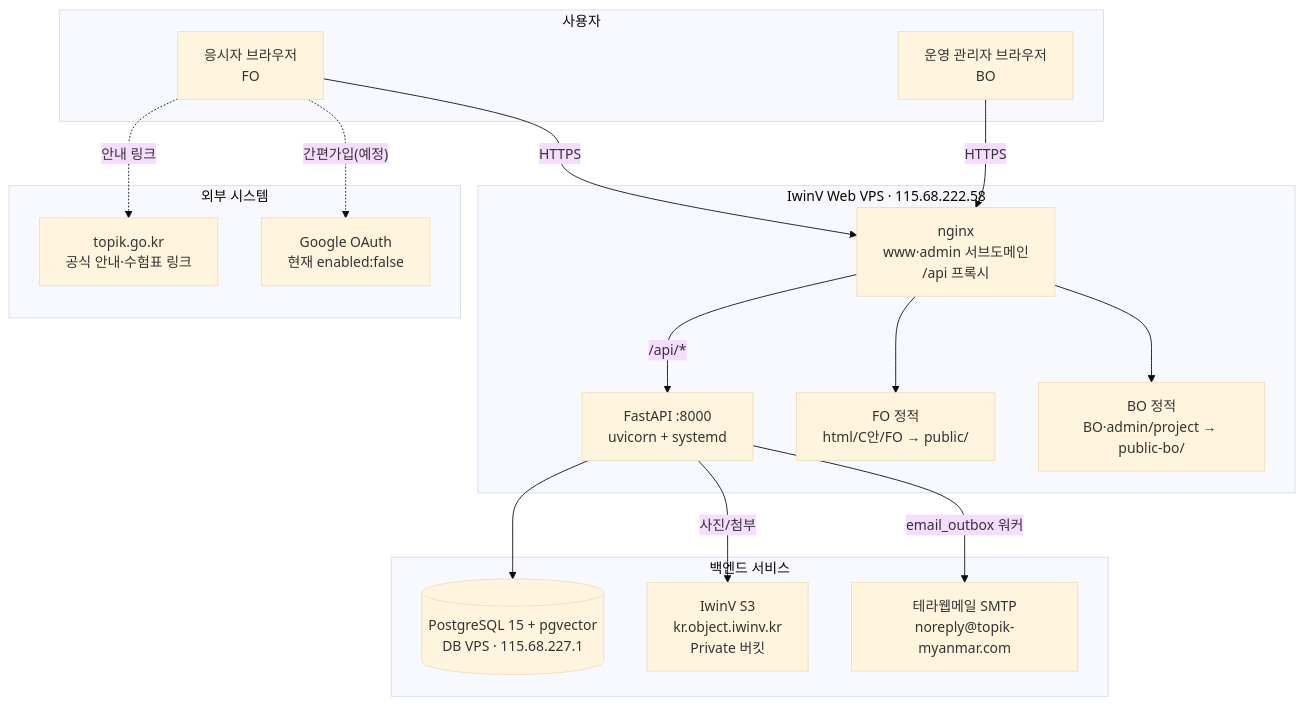
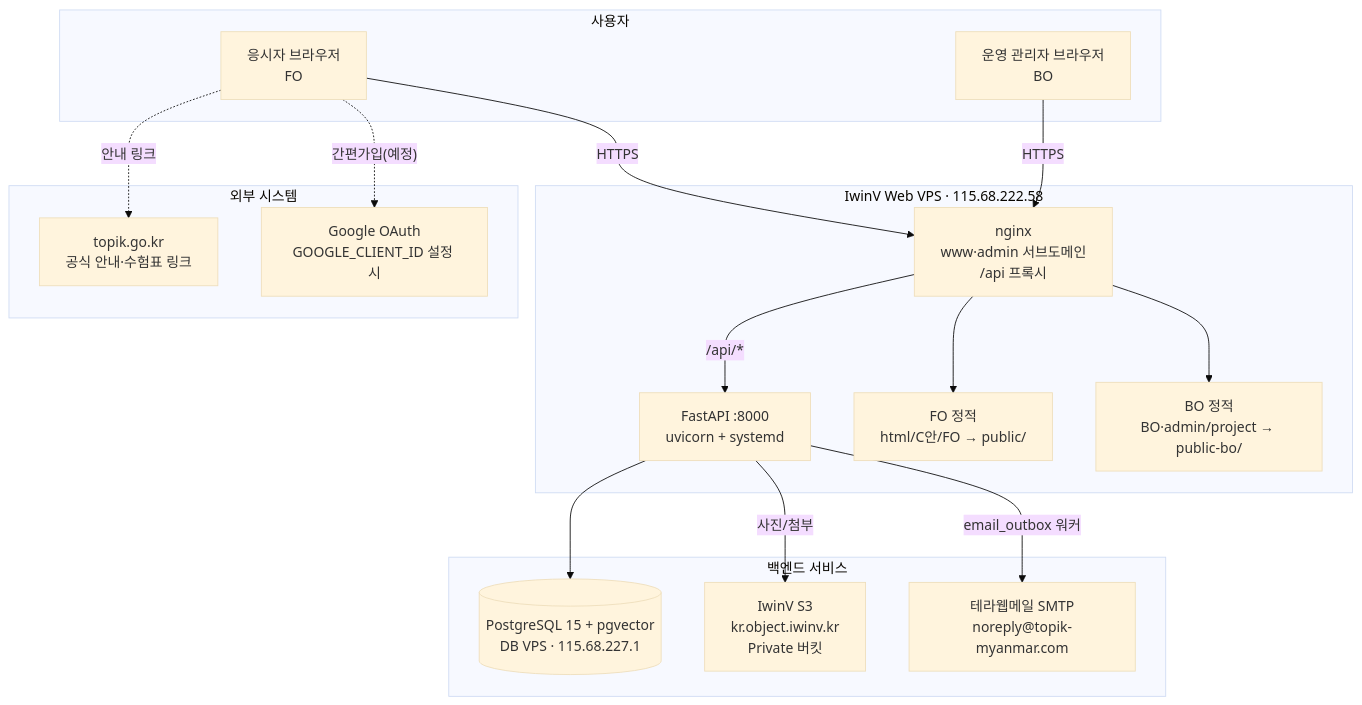
The sixth of 6 diagrams in docs/system_design/overview.md (aiuserthree/TOPIK-MYANMAR), drawn with Mermaid (base theme) before and after one commit. The commit also changed other lines of this file and 50 other files, not shown here.

First line of the commit message:
Fix FO auth email locale, registration flow, and mypage photo display.

````diff
--- a/docs/system_design/overview.md
+++ b/docs/system_design/overview.md
@@ -300,36 +300,36 @@
 ```mermaid
 flowchart TB
   subgraph users [사용자]
     APPL[응시자 브라우저<br/>FO]
     ADMIN[운영 관리자 브라우저<br/>BO]
   end
 
   subgraph web [IwinV Web VPS · 115.68.222.58]
     NGX[nginx<br/>www·admin 서브도메인<br/>/api 프록시]
     API[FastAPI :8000<br/>uvicorn + systemd]
     FOST[FO 정적<br/>html/C안/FO → public/]
     BOST[BO 정적<br/>BO·admin/project → public-bo/]
   end
 
   subgraph data [백엔드 서비스]
     DB[(PostgreSQL 15 + pgvector<br/>DB VPS · 115.68.227.1)]
     OBJ[IwinV S3<br/>kr.object.iwinv.kr<br/>Private 버킷]
     SMTP[테라웹메일 SMTP<br/>noreply@topik-myanmar.com]
   end
 
   subgraph ext [외부 시스템]
     TOPIK[topik.go.kr<br/>공식 안내·수험표 링크]
-    GOOG[Google OAuth<br/>현재 enabled:false]
+    GOOG[Google OAuth<br/>GOOGLE_CLIENT_ID 설정 시]
   end
 
   APPL -->|HTTPS| NGX
   ADMIN -->|HTTPS| NGX
   NGX --> FOST
   NGX --> BOST
   NGX -->|"/api/*"| API
   API --> DB
   API -->|"사진/첨부"| OBJ
   API -->|email_outbox 워커| SMTP
   APPL -. "안내 링크" .-> TOPIK
   APPL -. "간편가입(예정)" .-> GOOG
 ```
````
